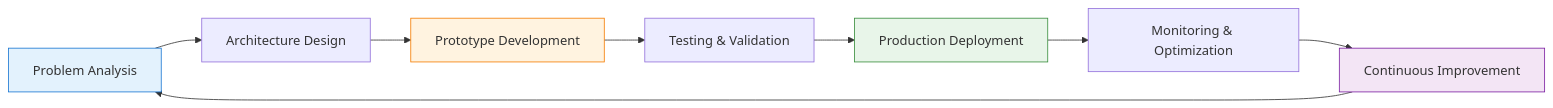
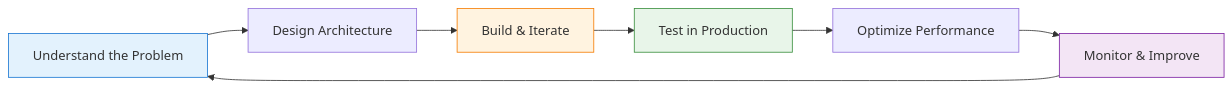
One commit to abhishekmane6122/abhishekmane6122 changed the third of 3 diagrams in README.md. Above: the diagram before and after it, drawn with Mermaid. The commit also changed other lines of this file, not shown here.

````diff
--- a/README.md
+++ b/README.md
@@ -573,15 +370,14 @@
 ```mermaid
 graph LR
-    A[Problem Analysis] --> B[Architecture Design]
-    B --> C[Prototype Development]
-    C --> D[Testing & Validation]
-    D --> E[Production Deployment]
-    E --> F[Monitoring & Optimization]
-    F --> G[Continuous Improvement]
-    G --> A
-    
+    A[Understand the Problem] --> B[Design Architecture]
+    B --> C[Build & Iterate]
+    C --> D[Test in Production]
+    D --> E[Optimize Performance]
+    E --> F[Monitor & Improve]
+    F --> A
+
     style A fill:#e3f2fd,stroke:#1976d2
     style C fill:#fff3e0,stroke:#f57c00
-    style E fill:#e8f5e9,stroke:#388e3c
-    style G fill:#f3e5f5,stroke:#7b1fa2
+    style D fill:#e8f5e9,stroke:#388e3c
+    style F fill:#f3e5f5,stroke:#7b1fa2
 ```
````
